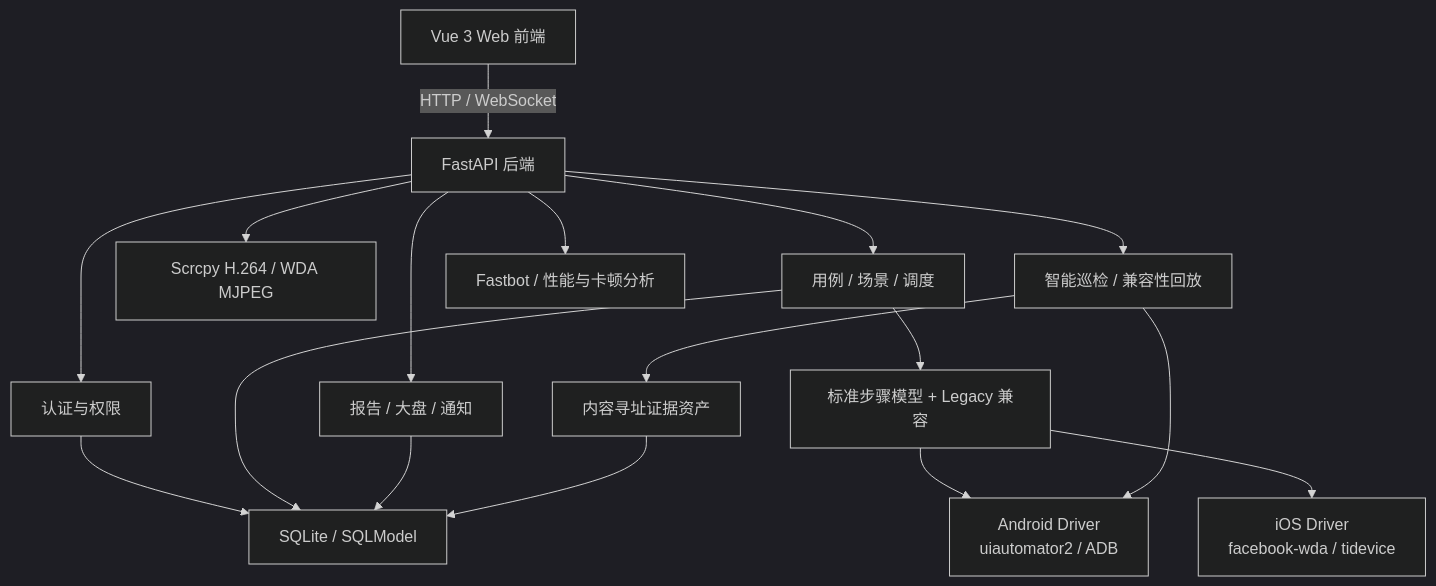
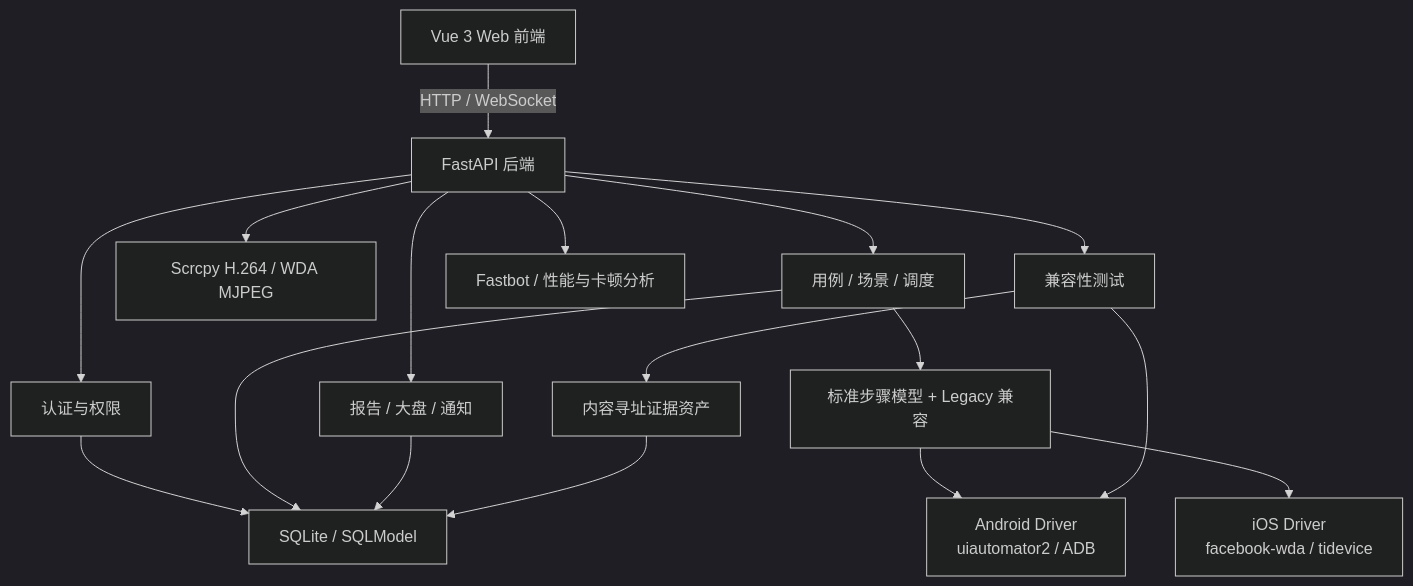
One commit to liqiu-debug/AutoDroid changed the diagram in README.md. Above: the diagram before and after it, drawn with Mermaid (dark theme). The commit also changed other lines of this file and 146 other files, not shown here.

````diff
--- a/README.md
+++ b/README.md
@@ -30,19 +29,19 @@
 ```mermaid
 flowchart TD
     UI["Vue 3 Web 前端"] -->|"HTTP / WebSocket"| API["FastAPI 后端"]
     API --> AUTH["认证与权限"]
     API --> CASE["用例 / 场景 / 调度"]
     API --> REPORT["报告 / 大盘 / 通知"]
     API --> STREAM["Scrcpy H.264 / WDA MJPEG"]
-    API --> INSPECT["智能巡检 / 兼容性回放"]
+    API --> COMPAT["兼容性测试"]
     CASE --> MODEL["标准步骤模型 + Legacy 兼容"]
     MODEL --> ANDROID["Android Driver\nuiautomator2 / ADB"]
     MODEL --> IOS["iOS Driver\nfacebook-wda / tidevice"]
     API --> FASTBOT["Fastbot / 性能与卡顿分析"]
-    INSPECT --> ANDROID
-    INSPECT --> ASSET["内容寻址证据资产"]
+    COMPAT --> ANDROID
+    COMPAT --> ASSET["内容寻址证据资产"]
     AUTH --> DB["SQLite / SQLModel"]
     CASE --> DB
     REPORT --> DB
     ASSET --> DB
 ```
````
